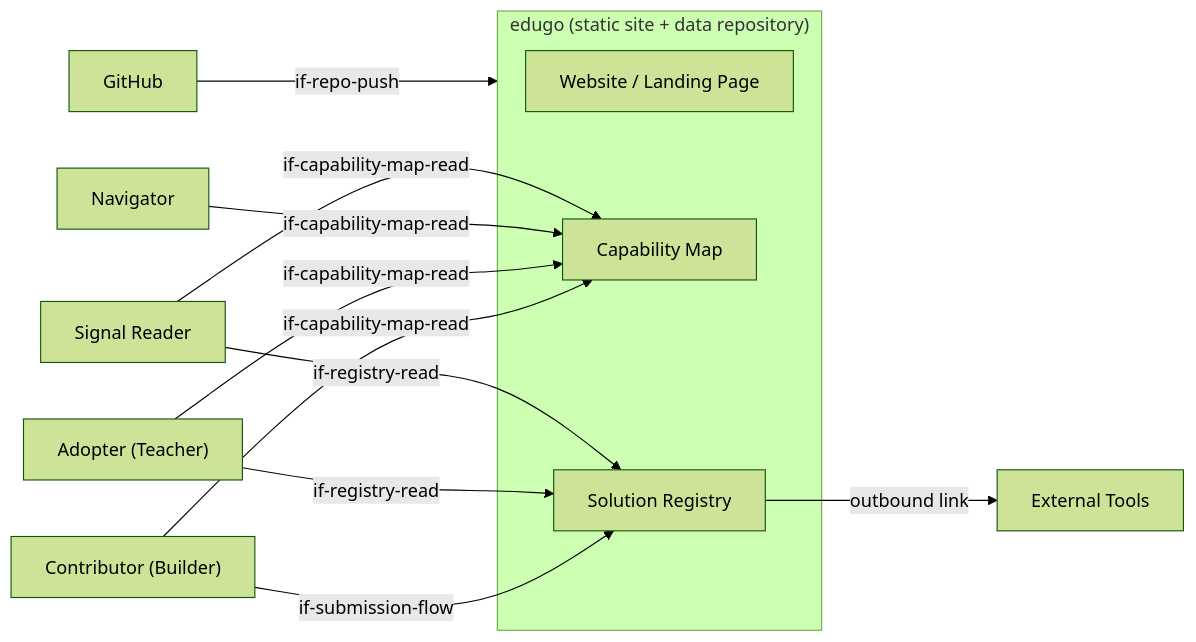
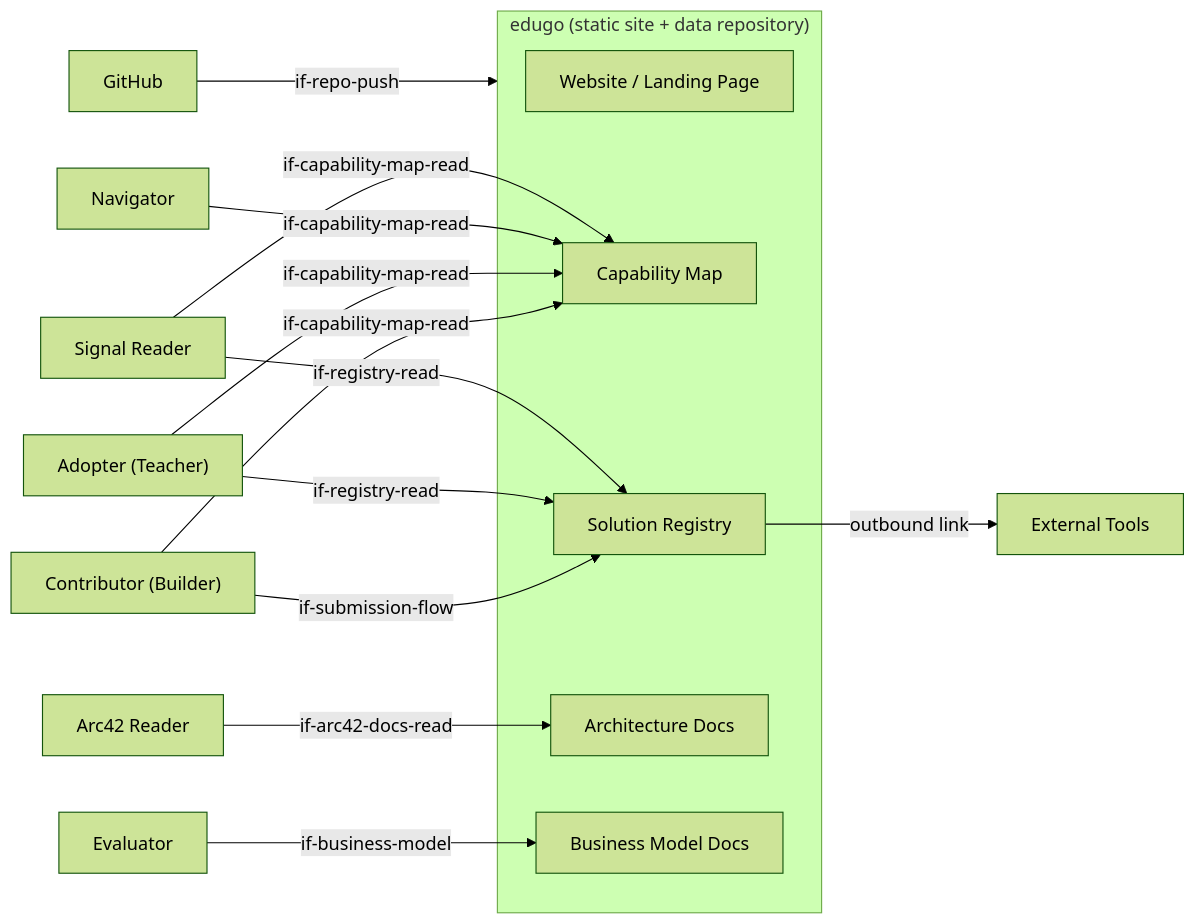
The diagram in docs/arc42/03-system-scope-and-context.arc42.md (lernapps/docs), drawn with Mermaid (forest theme) before and after one commit. The commit also changed other lines of this file and 29 other files, not shown here.

First line of the commit message:
docs: move biz42 to docs/biz42, split bb-docs, add evaluator and arc42-reader actors

````diff
--- a/docs/arc42/03-system-scope-and-context.arc42.md
+++ b/docs/arc42/03-system-scope-and-context.arc42.md
@@ -123,18 +158,22 @@
 ```mermaid
 graph LR
   subgraph edugo["edugo (static site + data repository)"]
     bb_website["Website / Landing Page"]
     bb_cap["Capability Map"]
     bb_reg["Solution Registry"]
+    bb_arc42["Architecture Docs"]
+    bb_biz42["Business Model Docs"]
   end
 
   actor_contributor["Contributor (Builder)"] -->|if-capability-map-read| bb_cap
   actor_contributor -->|if-submission-flow| bb_reg
   actor_adopter["Adopter (Teacher)"] -->|if-registry-read| bb_reg
   actor_adopter -->|if-capability-map-read| bb_cap
   actor_navigator["Navigator"] -->|if-capability-map-read| bb_cap
   actor_signal["Signal Reader"] -->|if-capability-map-read| bb_cap
   actor_signal -->|if-registry-read| bb_reg
+  actor_arc42["Arc42 Reader"] -->|if-arc42-docs-read| bb_arc42
+  actor_evaluator["Evaluator"] -->|if-business-model| bb_biz42
   actor_github["GitHub"] -->|if-repo-push| edugo
   bb_reg -->|outbound link| actor_tools["External Tools"]
 ```
````
